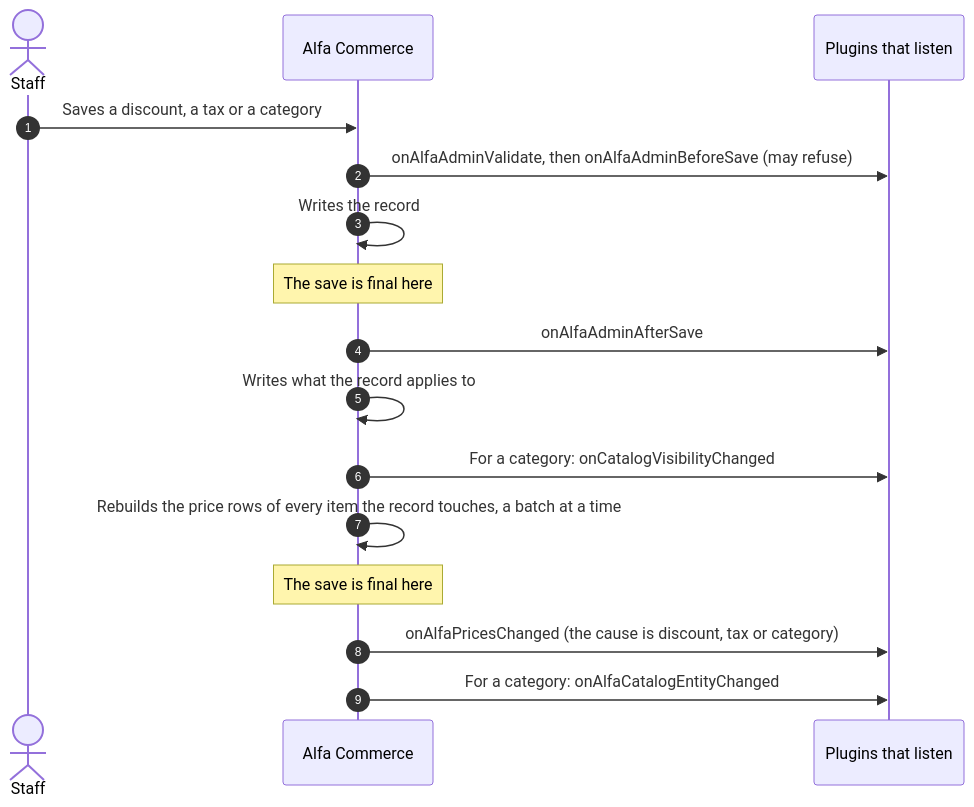
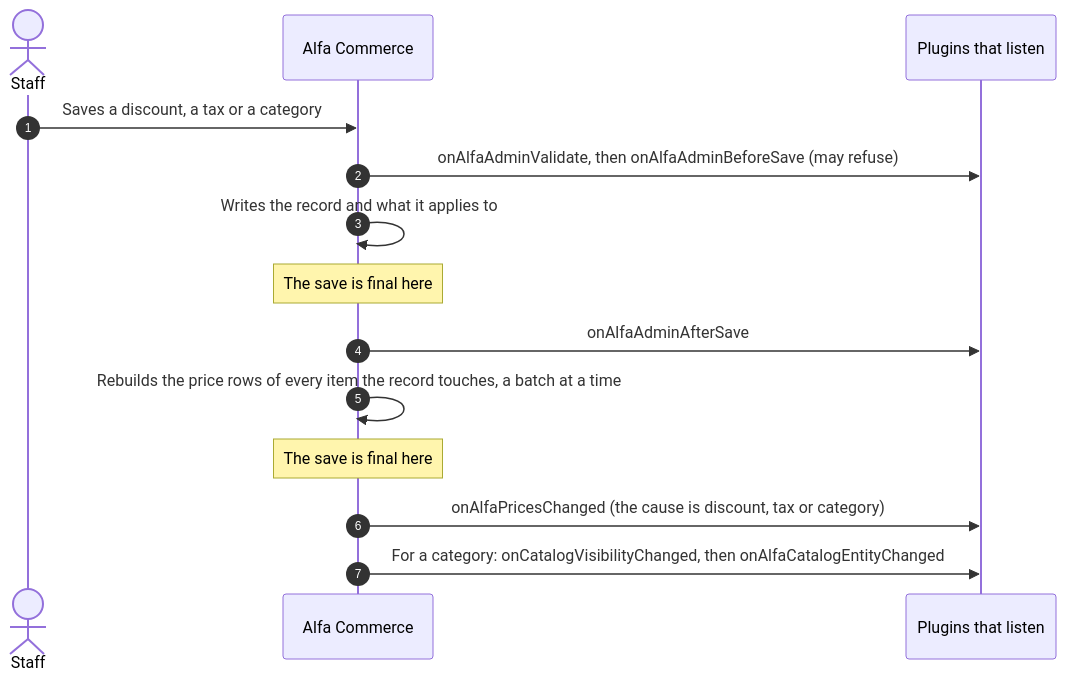
Before and after one commit to Easylogic-CO-LP/Alfa-Commerce-Manual: diagram 12 of 15 in docs/events/flows.md, drawn with Mermaid. The commit also changed other lines of this file and 47 other files, not shown here.

````diff
--- a/docs/events/flows.md
+++ b/docs/events/flows.md
@@ -568,18 +532,16 @@
 ```mermaid
 sequenceDiagram
     autonumber
     actor Staff
     participant Alfa as Alfa Commerce
     participant L as Plugins that listen
     Staff->>Alfa: Saves a discount, a tax or a category
     Alfa->>L: onAlfaAdminValidate, then onAlfaAdminBeforeSave (may refuse)
-    Alfa->>Alfa: Writes the record
+    Alfa->>Alfa: Writes the record and what it applies to
     Note over Alfa: The save is final here
     Alfa->>L: onAlfaAdminAfterSave
-    Alfa->>Alfa: Writes what the record applies to
-    Alfa->>L: For a category: onCatalogVisibilityChanged
     Alfa->>Alfa: Rebuilds the price rows of every item the record touches, a batch at a time
     Note over Alfa: The save is final here
     Alfa->>L: onAlfaPricesChanged (the cause is discount, tax or category)
-    Alfa->>L: For a category: onAlfaCatalogEntityChanged
+    Alfa->>L: For a category: onCatalogVisibilityChanged, then onAlfaCatalogEntityChanged
 ```
````
